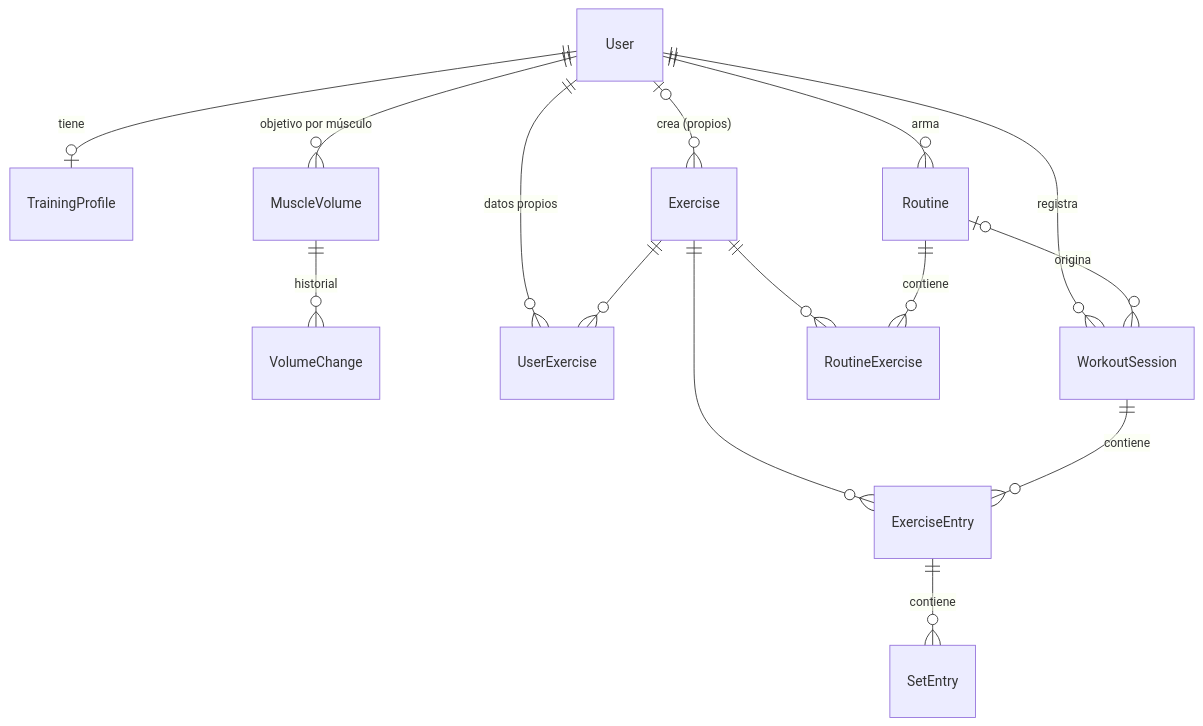
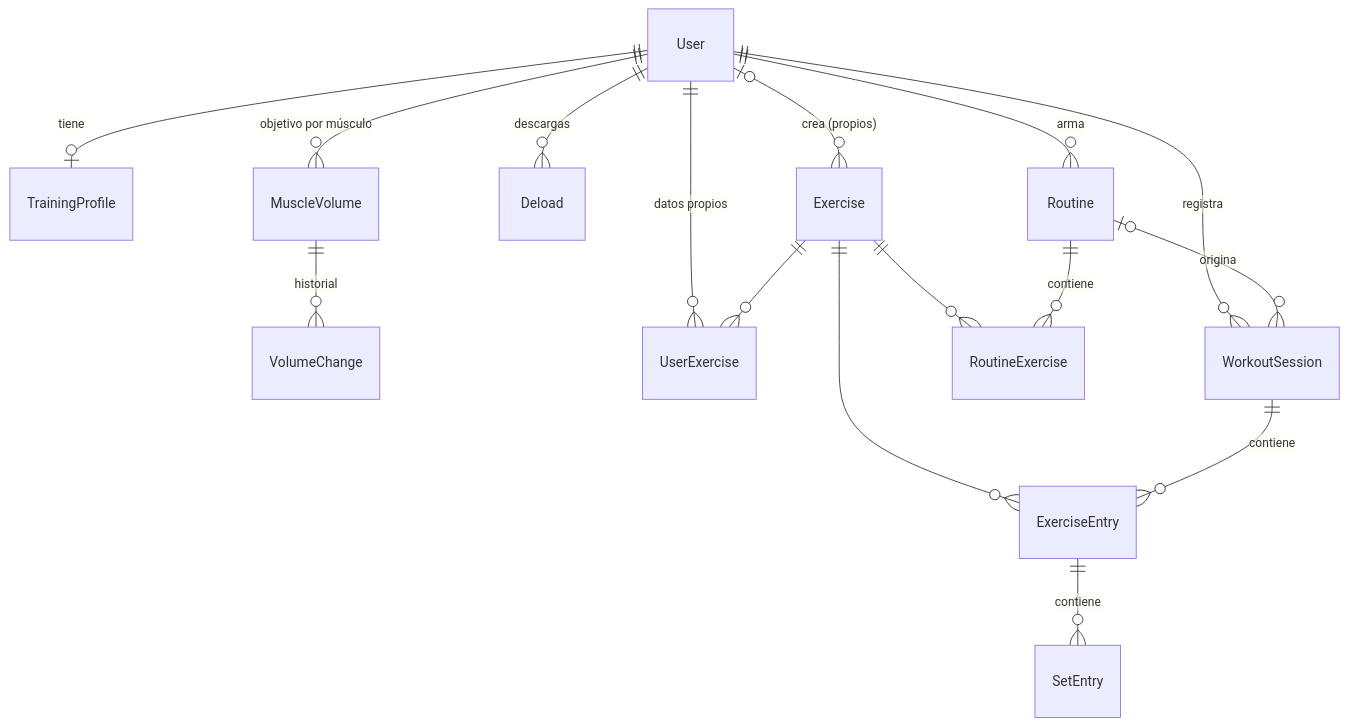
The diagram in docs/modelo-datos.md (mvrtin64/gym-tracker), drawn with Mermaid before and after one commit. The commit also changed other lines of this file and 24 other files, not shown here.

````diff
--- a/docs/modelo-datos.md
+++ b/docs/modelo-datos.md
@@ -5,17 +5,18 @@
 ```mermaid
 erDiagram
   User ||--o| TrainingProfile : tiene
   User ||--o{ MuscleVolume : "objetivo por músculo"
   MuscleVolume ||--o{ VolumeChange : historial
+  User ||--o{ Deload : "descargas"
   User ||--o{ UserExercise : "datos propios"
   User ||--o{ Routine : arma
   User ||--o{ WorkoutSession : registra
   User |o--o{ Exercise : "crea (propios)"
   Exercise ||--o{ UserExercise : ""
   Exercise ||--o{ RoutineExercise : ""
   Exercise ||--o{ ExerciseEntry : ""
   Routine ||--o{ RoutineExercise : contiene
   Routine |o--o{ WorkoutSession : origina
   WorkoutSession ||--o{ ExerciseEntry : contiene
   ExerciseEntry ||--o{ SetEntry : contiene
 ```
````
